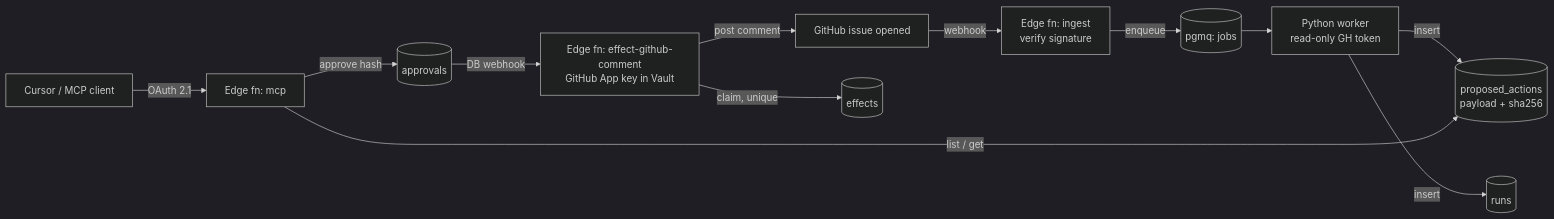
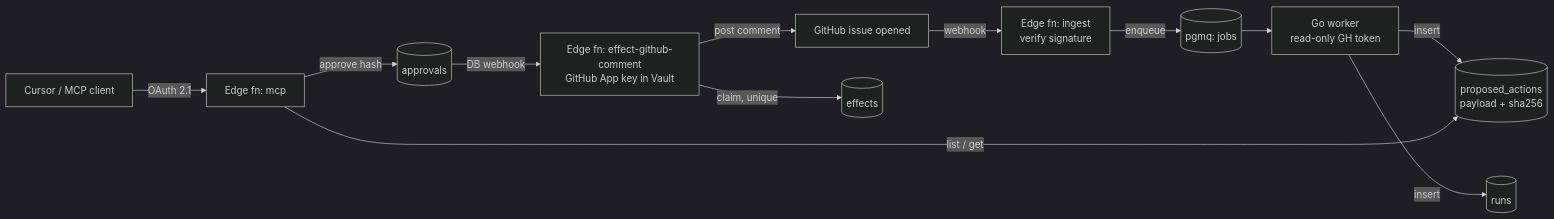
One commit to MohamedBenTaher/tierbound changed the diagram in docs/SPEC.md. Above: the diagram before and after it, drawn with Mermaid (dark theme). The commit also changed other lines of this file and 20 other files, not shown here.

First line of the commit message:
refactor(worker): switch worker from Python to Go

````diff
--- a/docs/SPEC.md
+++ b/docs/SPEC.md
@@ -65,14 +65,14 @@
 ```mermaid
 flowchart LR
   GH[GitHub issue opened] -->|webhook| ING[Edge fn: ingest<br/>verify signature]
   ING -->|enqueue| Q[(pgmq: jobs)]
-  Q --> W[Python worker<br/>read-only GH token]
+  Q --> W[Go worker<br/>read-only GH token]
   W -->|insert| RUNS[(runs)]
   W -->|insert| PA[(proposed_actions<br/>payload + sha256)]
   CUR[Cursor / MCP client] -->|OAuth 2.1| MCP[Edge fn: mcp]
   MCP -->|list / get| PA
   MCP -->|approve hash| AP[(approvals)]
   AP -->|DB webhook| EFF[Edge fn: effect-github-comment<br/>GitHub App key in Vault]
   EFF -->|claim, unique| EF[(effects)]
   EFF -->|post comment| GH
 ```
````
